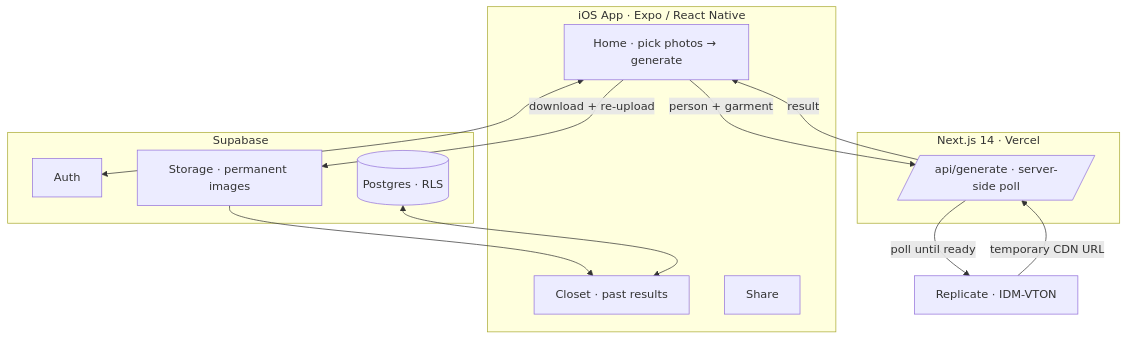
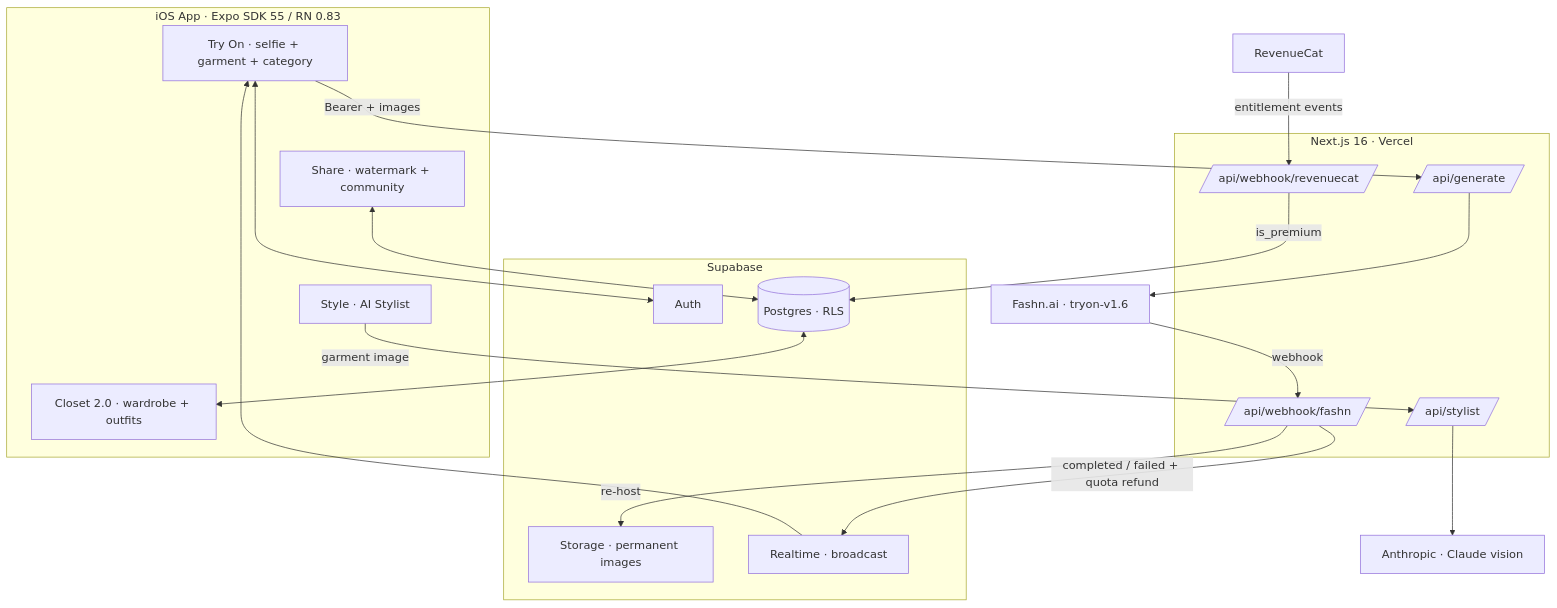
Before and after one commit to selimfedakar/virtual_try_on: the diagram in README.md, drawn with Mermaid. The commit also changed other lines of this file, not shown here.

Commit message:
docs: rewrite README for v1.1 — Fashn.ai, Next 16, SDK 55, real architecture

````diff
--- a/README.md
+++ b/README.md
@@ -68,25 +70,32 @@
 ```mermaid
 flowchart TB
-    subgraph APP[iOS App · Expo / React Native]
-        H[Home · pick photos → generate]
-        C[Closet · past results]
-        S[Share]
+    subgraph APP[iOS App · Expo SDK 55 / RN 0.83]
+        H[Try On · selfie + garment + category]
+        ST2[Style · AI Stylist]
+        C[Closet 2.0 · wardrobe + outfits]
+        SH[Share · watermark + community]
     end
-    subgraph WEB[Next.js 14 · Vercel]
-        API[/api/generate · server-side poll/]
+    subgraph WEB[Next.js 16 · Vercel]
+        GEN[/api/generate/]
+        STY[/api/stylist/]
+        RCW[/api/webhook/revenuecat/]
+        FW[/api/webhook/fashn/]
     end
-    REP[Replicate · IDM-VTON]
+    FASHN[Fashn.ai · tryon-v1.6]
+    CLAUDE[Anthropic · Claude vision]
+    RC[RevenueCat]
     subgraph SB[Supabase]
         AUTH[Auth]
         DB[(Postgres · RLS)]
-        ST[Storage · permanent images]
+        STG[Storage · permanent images]
+        RT[Realtime · broadcast]
     end
-    H -->|person + garment| API
-    API -->|poll until ready| REP
-    REP -->|temporary CDN URL| API
-    API -->|result| H
-    H -->|download + re-upload| ST
-    ST --> C
+    H -->|Bearer + images| GEN --> FASHN
+    FASHN -->|webhook| FW -->|re-host| STG
+    FW -->|completed / failed + quota refund| RT --> H
+    ST2 -->|garment image| STY --> CLAUDE
+    RC -->|entitlement events| RCW -->|is_premium| DB
     H <--> AUTH
     DB <--> C
+    SH <--> DB
 ```
````
